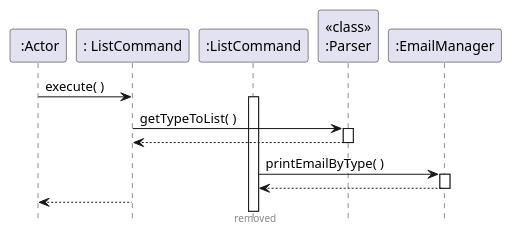
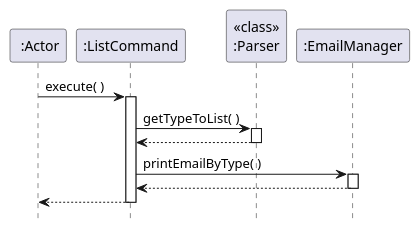
One commit to yanli1215/tp changed the diagram in docs/Sequence Diagrams/ListCommand.puml. Above: the diagram before and after it, drawn with PlantUML. The commit also changed 7 other files, not shown here.

Commit message:
updated UG and sequence diagram

```diff
--- a/docs/Sequence Diagrams/ListCommand.puml
+++ b/docs/Sequence Diagrams/ListCommand.puml
@@ -1,26 +1,25 @@
 @startuml
 participant " :Actor"
 
 hide footbox
-Footer removed
 
-" :Actor" -> ": ListCommand" : execute( )
+" :Actor" -> ":ListCommand" : execute( )
 activate ":ListCommand"
 
 
-": ListCommand" -> "<<class>>\n:Parser" : getTypeToList( )
+":ListCommand" -> "<<class>>\n:Parser" : getTypeToList( )
 activate "<<class>>\n:Parser"
 
-"<<class>>\n:Parser" --> ": ListCommand"
+"<<class>>\n:Parser" --> ":ListCommand"
 deactivate "<<class>>\n:Parser"
 
 ":ListCommand" -> ":EmailManager" : printEmailByType( )
 activate ":EmailManager"
 
 ":EmailManager" --> ":ListCommand"
 deactivate ":EmailManager"
 
 
 
 return
 @enduml
```
